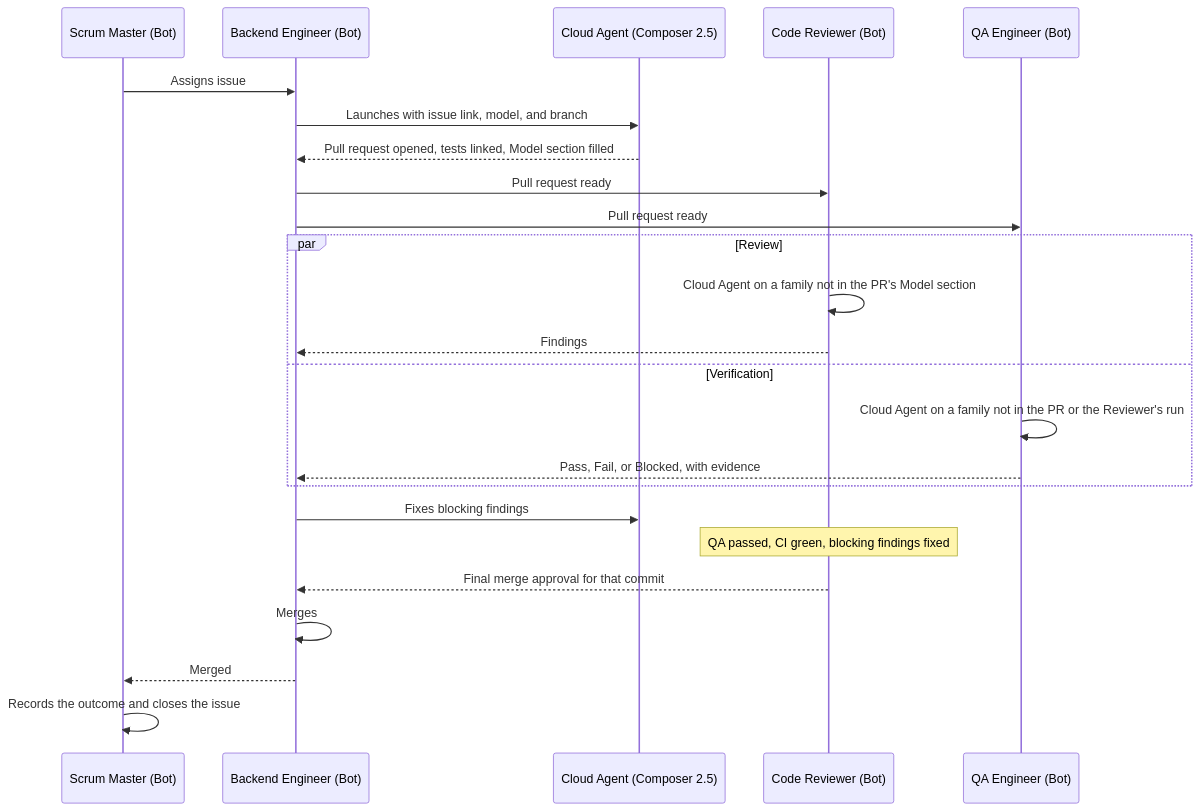
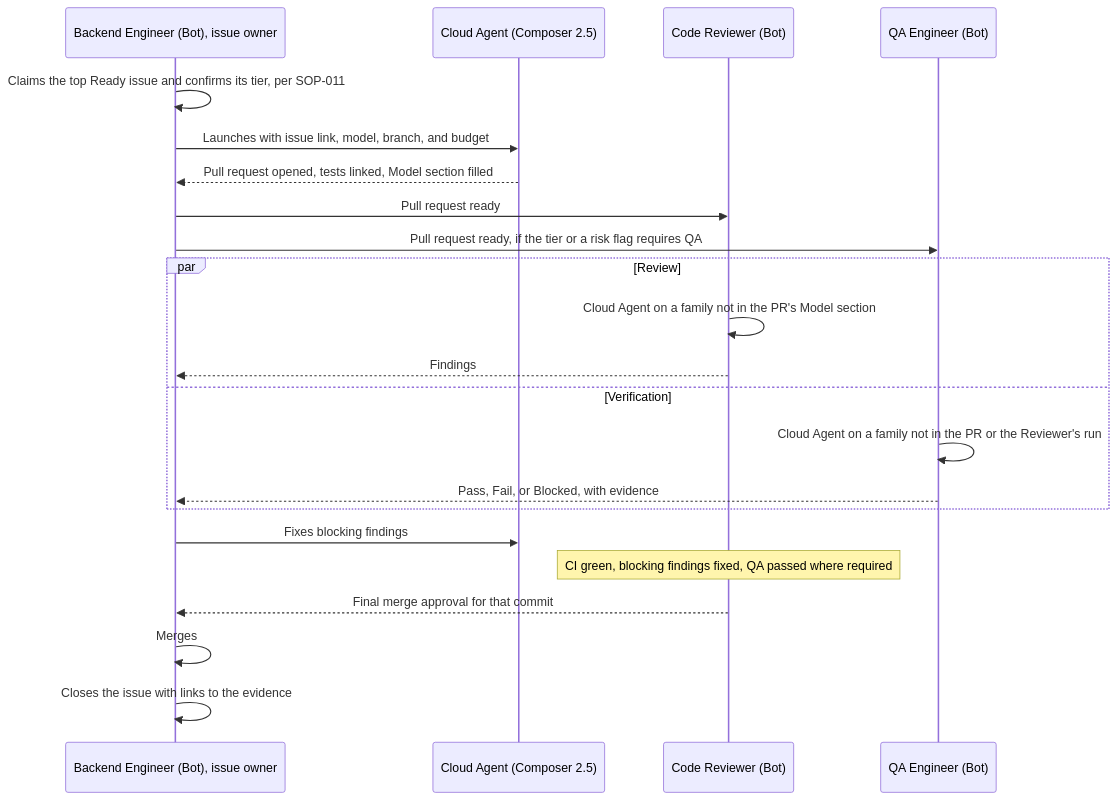
Before and after one commit to sheepnir/GrokBot_DevFlow: the diagram in SOP/SOP-001-token-efficiency.md, drawn with Mermaid. The commit also changed other lines of this file and 20 other files, not shown here.

````diff
--- a/SOP/SOP-001-token-efficiency.md
+++ b/SOP/SOP-001-token-efficiency.md
@@ -62,26 +62,24 @@
 ```mermaid
 sequenceDiagram
-    participant SM as Scrum Master (Bot)
-    participant BE as Backend Engineer (Bot)
+    participant BE as Backend Engineer (Bot), issue owner
     participant CA as Cloud Agent (Composer 2.5)
     participant CR as Code Reviewer (Bot)
     participant QA as QA Engineer (Bot)
-    SM->>BE: Assigns issue
-    BE->>CA: Launches with issue link, model, and branch
+    BE->>BE: Claims the top Ready issue and confirms its tier, per SOP-011
+    BE->>CA: Launches with issue link, model, branch, and budget
     CA-->>BE: Pull request opened, tests linked, Model section filled
     BE->>CR: Pull request ready
-    BE->>QA: Pull request ready
+    BE->>QA: Pull request ready, if the tier or a risk flag requires QA
     par Review
         CR->>CR: Cloud Agent on a family not in the PR's Model section
         CR-->>BE: Findings
     and Verification
         QA->>QA: Cloud Agent on a family not in the PR or the Reviewer's run
         QA-->>BE: Pass, Fail, or Blocked, with evidence
     end
     BE->>CA: Fixes blocking findings
-    Note over CR: QA passed, CI green, blocking findings fixed
+    Note over CR: CI green, blocking findings fixed, QA passed where required
     CR-->>BE: Final merge approval for that commit
     BE->>BE: Merges
-    BE-->>SM: Merged
-    SM->>SM: Records the outcome and closes the issue
+    BE->>BE: Closes the issue with links to the evidence
 ```
````
